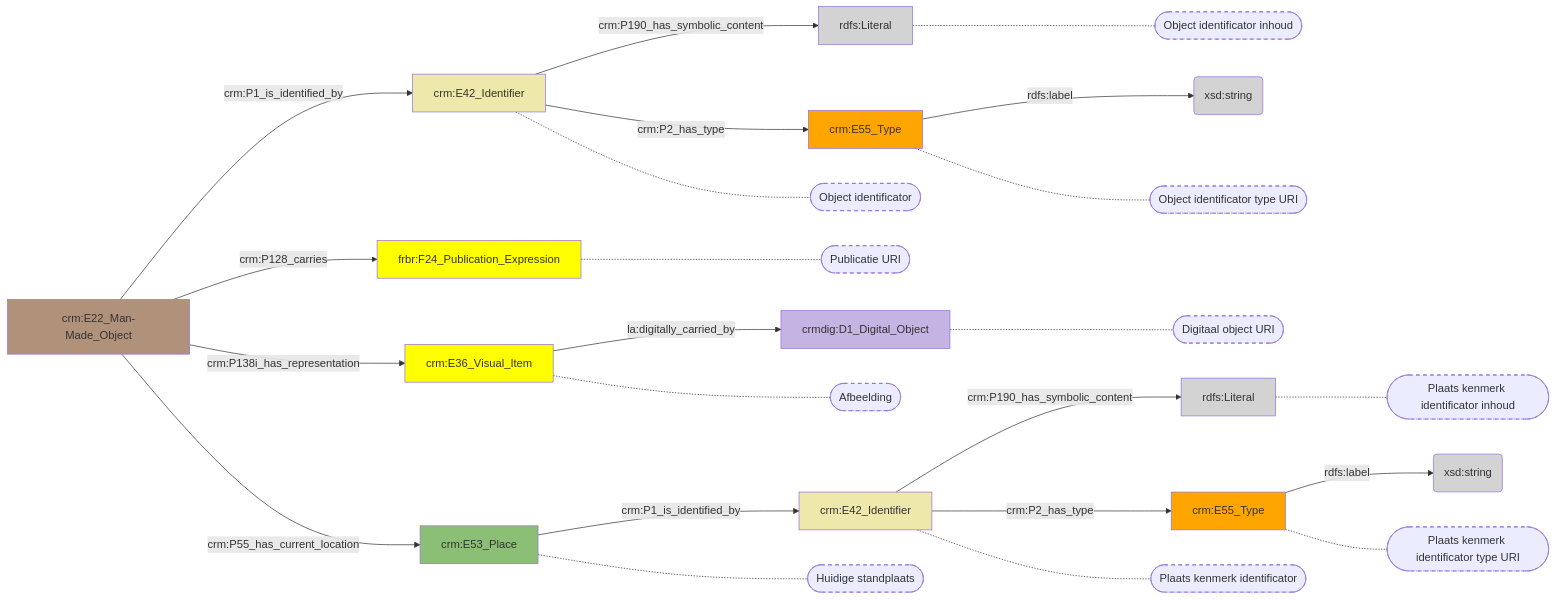
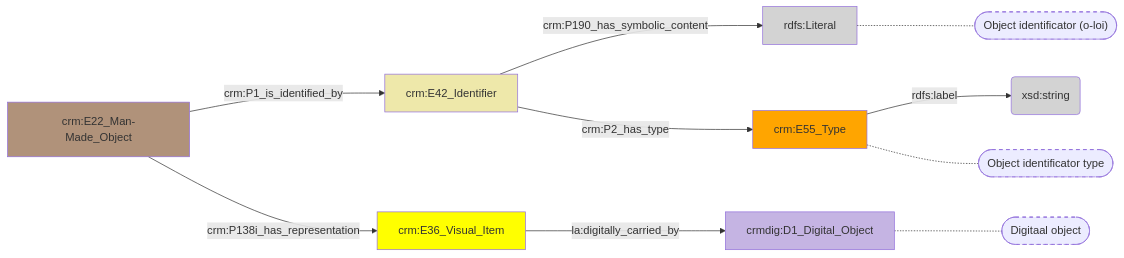
One commit to digipolisantwerpdocumentation/antwerp-cultureel-erfgoed changed the diagram in docs/content/modellen/BibliographicalItem/Identificatie.md. Above: the diagram before and after it, drawn with Mermaid. The commit also changed 16 other files, not shown here.

````diff
--- a/docs/content/modellen/BibliographicalItem/Identificatie.md
+++ b/docs/content/modellen/BibliographicalItem/Identificatie.md
@@ -1,48 +1,22 @@
 ```mermaid
 graph LR
 31fafa48-df80-11ed-9064-00163e71351b["crm:E42_Identifier"]-->|"crm:P190_has_symbolic_content"|31faff2a-df80-11ed-9064-00163e71351b(rdfs:Literal)
 31fb00ec-df80-11ed-9064-00163e71351b["crm:E55_Type"]-->|"rdfs:label"|31fb051a-df80-11ed-9064-00163e71351b(xsd:string)
-d1f83454-62b4-11ee-a9ac-00163e71351b["crm:E42_Identifier"]-->|"crm:P190_has_symbolic_content"|d1f83922-62b4-11ee-a9ac-00163e71351b(rdfs:Literal)
-d1f83a1c-62b4-11ee-a9ac-00163e71351b["crm:E55_Type"]-->|"rdfs:label"|d1f837ec-62b4-11ee-a9ac-00163e71351b(xsd:string)
-099f196c-df80-11ed-9232-00163e71351b["crm:E22_Man-Made_Object"]-->|"crm:P1_is_identified_by"|31fafa48-df80-11ed-9064-00163e71351b["crm:E42_Identifier"]
-099f196c-df80-11ed-9232-00163e71351b["crm:E22_Man-Made_Object"]-->|"crm:P128_carries"|0e6665b8-e435-11ed-9655-00163e71351b["frbr:F24_Publication_Expression"]
-099f196c-df80-11ed-9232-00163e71351b["crm:E22_Man-Made_Object"]-->|"crm:P138i_has_representation"|643c66b8-df80-11ed-9655-00163e71351b["crm:E36_Visual_Item"]
-099f196c-df80-11ed-9232-00163e71351b["crm:E22_Man-Made_Object"]-->|"crm:P55_has_current_location"|3d7e5e70-ed7f-11ed-9064-00163e71351b["crm:E53_Place"]
-31fafa48-df80-11ed-9064-00163e71351b["crm:E42_Identifier"]-->|"crm:P2_has_type"|31fb00ec-df80-11ed-9064-00163e71351b["crm:E55_Type"]
-3d7e5e70-ed7f-11ed-9064-00163e71351b["crm:E53_Place"]-->|"crm:P1_is_identified_by"|d1f83454-62b4-11ee-a9ac-00163e71351b["crm:E42_Identifier"]
-643c66b8-df80-11ed-9655-00163e71351b["crm:E36_Visual_Item"]-->|"la:digitally_carried_by"|643c6a00-df80-11ed-9655-00163e71351b["crmdig:D1_Digital_Object"]
-d1f83454-62b4-11ee-a9ac-00163e71351b["crm:E42_Identifier"]-->|"crm:P2_has_type"|d1f83a1c-62b4-11ee-a9ac-00163e71351b["crm:E55_Type"]
-31fafa48-df80-11ed-9064-00163e71351b["crm:E42_Identifier"]-.-31fafa48-df80-11ed-9064-00163e71351b_s(["Object identificator"])
-0e6665b8-e435-11ed-9655-00163e71351b["frbr:F24_Publication_Expression"]-.-0e6665b8-e435-11ed-9655-00163e71351b_s(["Publicatie URI"])
-643c66b8-df80-11ed-9655-00163e71351b["crm:E36_Visual_Item"]-.-643c66b8-df80-11ed-9655-00163e71351b_s(["Afbeelding"])
-3d7e5e70-ed7f-11ed-9064-00163e71351b["crm:E53_Place"]-.-3d7e5e70-ed7f-11ed-9064-00163e71351b_s(["Huidige standplaats"])
-31faff2a-df80-11ed-9064-00163e71351b["rdfs:Literal"]-.-31faff2a-df80-11ed-9064-00163e71351b_s(["Object identificator inhoud"])
-31fb00ec-df80-11ed-9064-00163e71351b["crm:E55_Type"]-.-31fb00ec-df80-11ed-9064-00163e71351b_s(["Object identificator type URI"])
-d1f83454-62b4-11ee-a9ac-00163e71351b["crm:E42_Identifier"]-.-d1f83454-62b4-11ee-a9ac-00163e71351b_s(["Plaats kenmerk identificator"])
-643c6a00-df80-11ed-9655-00163e71351b["crmdig:D1_Digital_Object"]-.-643c6a00-df80-11ed-9655-00163e71351b_s(["Digitaal object URI"])
-d1f83922-62b4-11ee-a9ac-00163e71351b["rdfs:Literal"]-.-d1f83922-62b4-11ee-a9ac-00163e71351b_s(["Plaats kenmerk identificator inhoud"])
-d1f83a1c-62b4-11ee-a9ac-00163e71351b["crm:E55_Type"]-.-d1f83a1c-62b4-11ee-a9ac-00163e71351b_s(["Plaats kenmerk identificator type URI"])
-style 31fafa48-df80-11ed-9064-00163e71351b_s stroke-dasharray: 5
-style 0e6665b8-e435-11ed-9655-00163e71351b_s stroke-dasharray: 5
-style 643c66b8-df80-11ed-9655-00163e71351b_s stroke-dasharray: 5
-style 3d7e5e70-ed7f-11ed-9064-00163e71351b_s stroke-dasharray: 5
 style 31faff2a-df80-11ed-9064-00163e71351b_s stroke-dasharray: 5
 style 31fb00ec-df80-11ed-9064-00163e71351b_s stroke-dasharray: 5
-style d1f83454-62b4-11ee-a9ac-00163e71351b_s stroke-dasharray: 5
 style 643c6a00-df80-11ed-9655-00163e71351b_s stroke-dasharray: 5
-style d1f83922-62b4-11ee-a9ac-00163e71351b_s stroke-dasharray: 5
-style d1f83a1c-62b4-11ee-a9ac-00163e71351b_s stroke-dasharray: 5
 style 099f196c-df80-11ed-9232-00163e71351b fill:#B0927A
-style 0e6665b8-e435-11ed-9655-00163e71351b fill:#ffff00
 style 31fafa48-df80-11ed-9064-00163e71351b fill:#EEE8AA
 style 31faff2a-df80-11ed-9064-00163e71351b fill:#D3D3D3
 style 31fb00ec-df80-11ed-9064-00163e71351b fill:#ffa500
 style 31fb051a-df80-11ed-9064-00163e71351b fill:#D3D3D3
-style 3d7e5e70-ed7f-11ed-9064-00163e71351b fill:#8CBF76
 style 643c66b8-df80-11ed-9655-00163e71351b fill:#ffff00
 style 643c6a00-df80-11ed-9655-00163e71351b fill:#C5B4E3
-style d1f83454-62b4-11ee-a9ac-00163e71351b fill:#EEE8AA
-style d1f837ec-62b4-11ee-a9ac-00163e71351b fill:#D3D3D3
-style d1f83922-62b4-11ee-a9ac-00163e71351b fill:#D3D3D3
-style d1f83a1c-62b4-11ee-a9ac-00163e71351b fill:#ffa500
+099f196c-df80-11ed-9232-00163e71351b["crm:E22_Man-Made_Object"]-->|"crm:P1_is_identified_by"|31fafa48-df80-11ed-9064-00163e71351b["crm:E42_Identifier"]
+099f196c-df80-11ed-9232-00163e71351b["crm:E22_Man-Made_Object"]-->|"crm:P138i_has_representation"|643c66b8-df80-11ed-9655-00163e71351b["crm:E36_Visual_Item"]
+31fafa48-df80-11ed-9064-00163e71351b["crm:E42_Identifier"]-->|"crm:P2_has_type"|31fb00ec-df80-11ed-9064-00163e71351b["crm:E55_Type"]
+643c66b8-df80-11ed-9655-00163e71351b["crm:E36_Visual_Item"]-->|"la:digitally_carried_by"|643c6a00-df80-11ed-9655-00163e71351b["crmdig:D1_Digital_Object"]
+31faff2a-df80-11ed-9064-00163e71351b["rdfs:Literal"]-.-31faff2a-df80-11ed-9064-00163e71351b_s(["Object identificator (o-loi)"])
+31fb00ec-df80-11ed-9064-00163e71351b["crm:E55_Type"]-.-31fb00ec-df80-11ed-9064-00163e71351b_s(["Object identificator type"])
+643c6a00-df80-11ed-9655-00163e71351b["crmdig:D1_Digital_Object"]-.-643c6a00-df80-11ed-9655-00163e71351b_s(["Digitaal object"])
 ```
````
